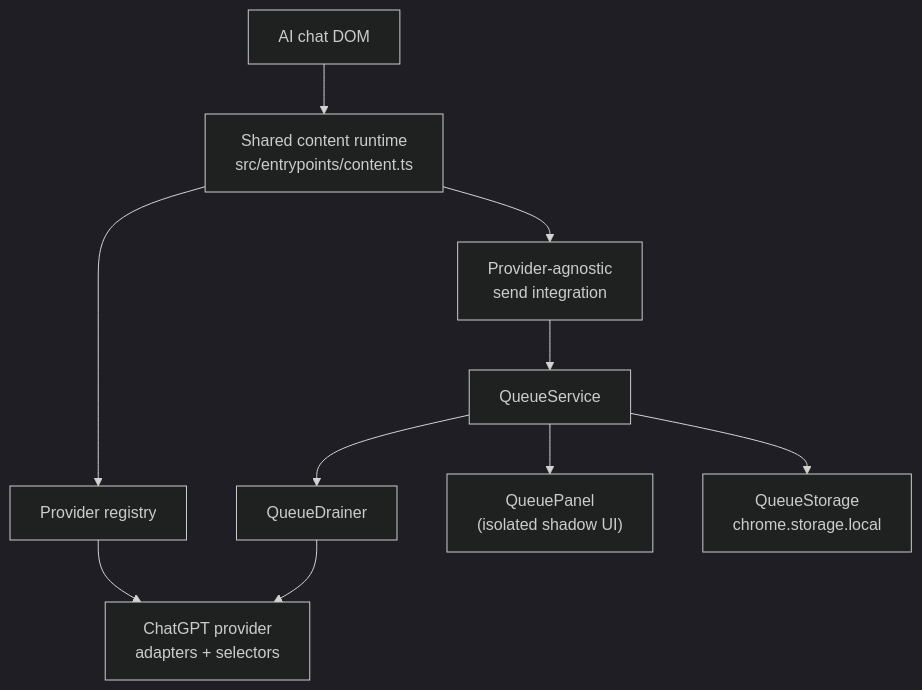
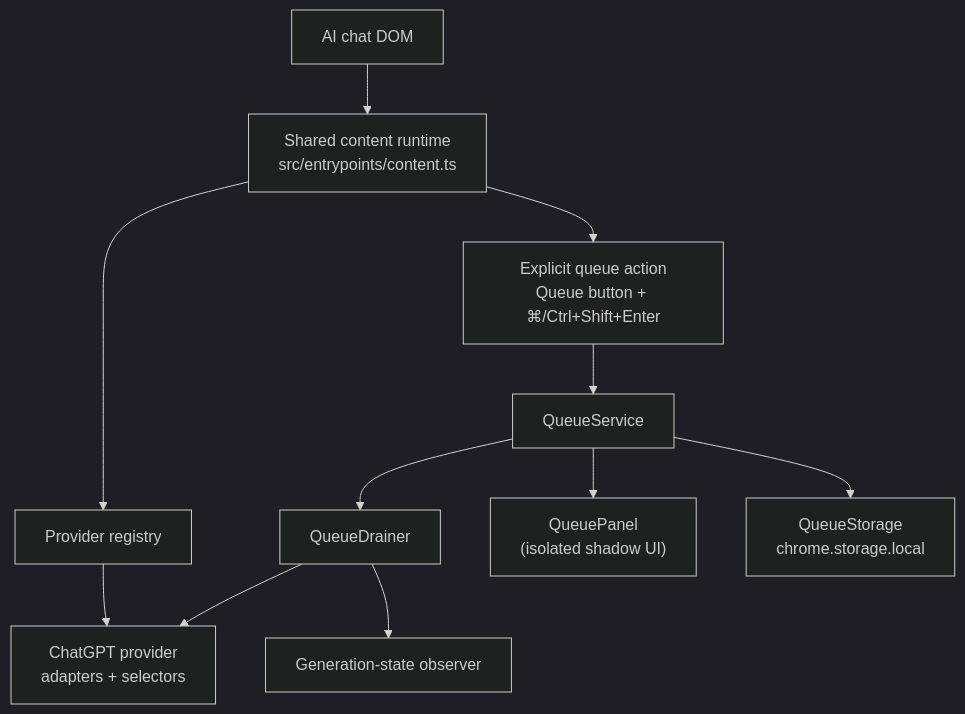
Before and after one commit to technway/ai-chat-queue: the diagram in README.md, drawn with Mermaid (dark theme). The commit also changed other lines of this file and 23 other files, not shown here.

Commit message:
feat: add explicit queue action with button and shortcut

````diff
--- a/README.md
+++ b/README.md
@@ -63,13 +63,14 @@
 ```mermaid
 flowchart TD
     DOM["AI chat DOM"] --> Content["Shared content runtime<br/>src/entrypoints/content.ts"]
     Content --> Registry["Provider registry"]
     Registry --> ChatGPT["ChatGPT provider<br/>adapters + selectors"]
 
-    Content --> SendIntegration["Provider-agnostic<br/>send integration"]
-    SendIntegration --> QueueService["QueueService"]
+    Content --> QueueAction["Explicit queue action<br/>Queue button + ⌘/Ctrl+Shift+Enter"]
+    QueueAction --> QueueService["QueueService"]
     QueueService --> QueueDrainer["QueueDrainer"]
+    QueueDrainer --> GenerationState["Generation-state observer"]
     QueueService --> QueuePanel["QueuePanel<br/>(isolated shadow UI)"]
     QueueService --> QueueStorage["QueueStorage<br/>chrome.storage.local"]
     QueueDrainer --> ChatGPT
 ```
````
